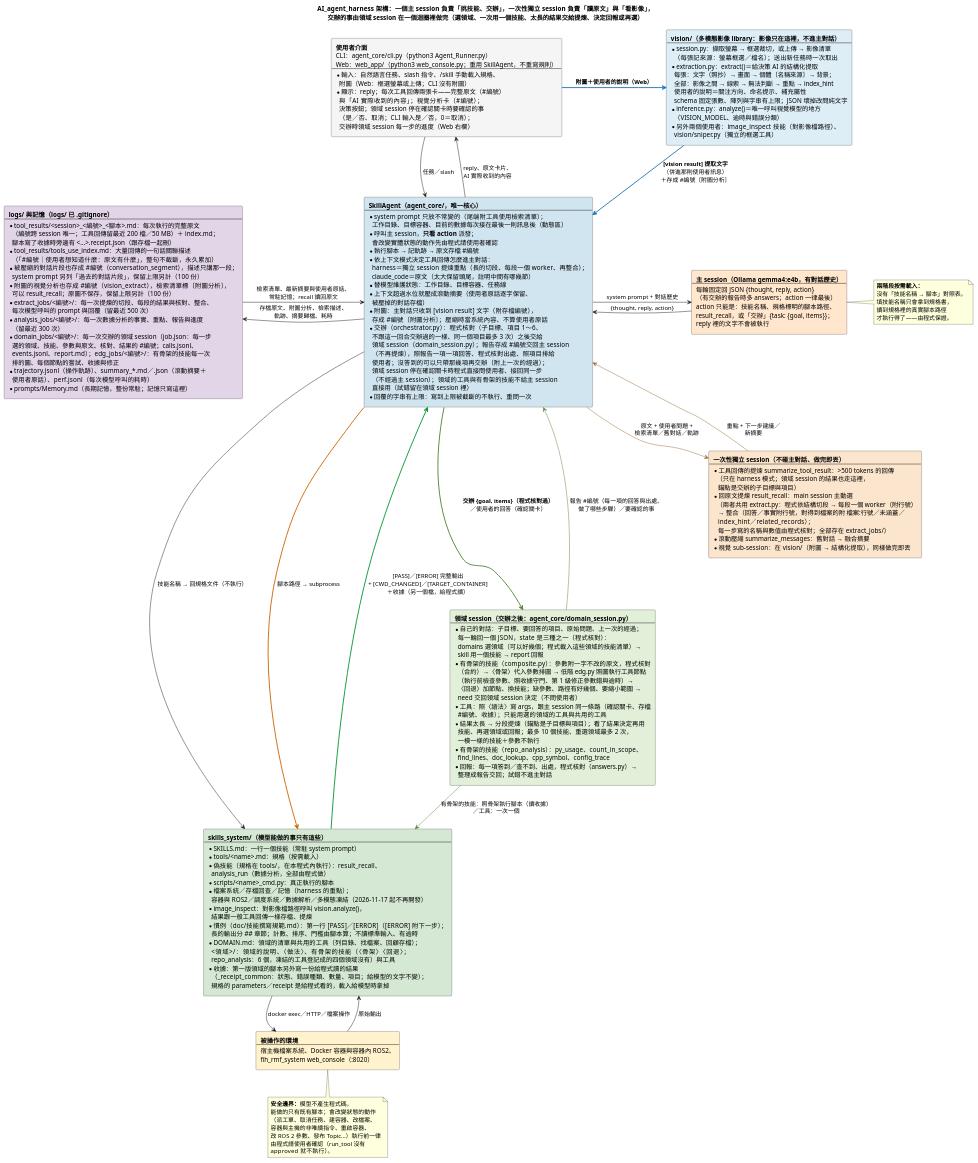
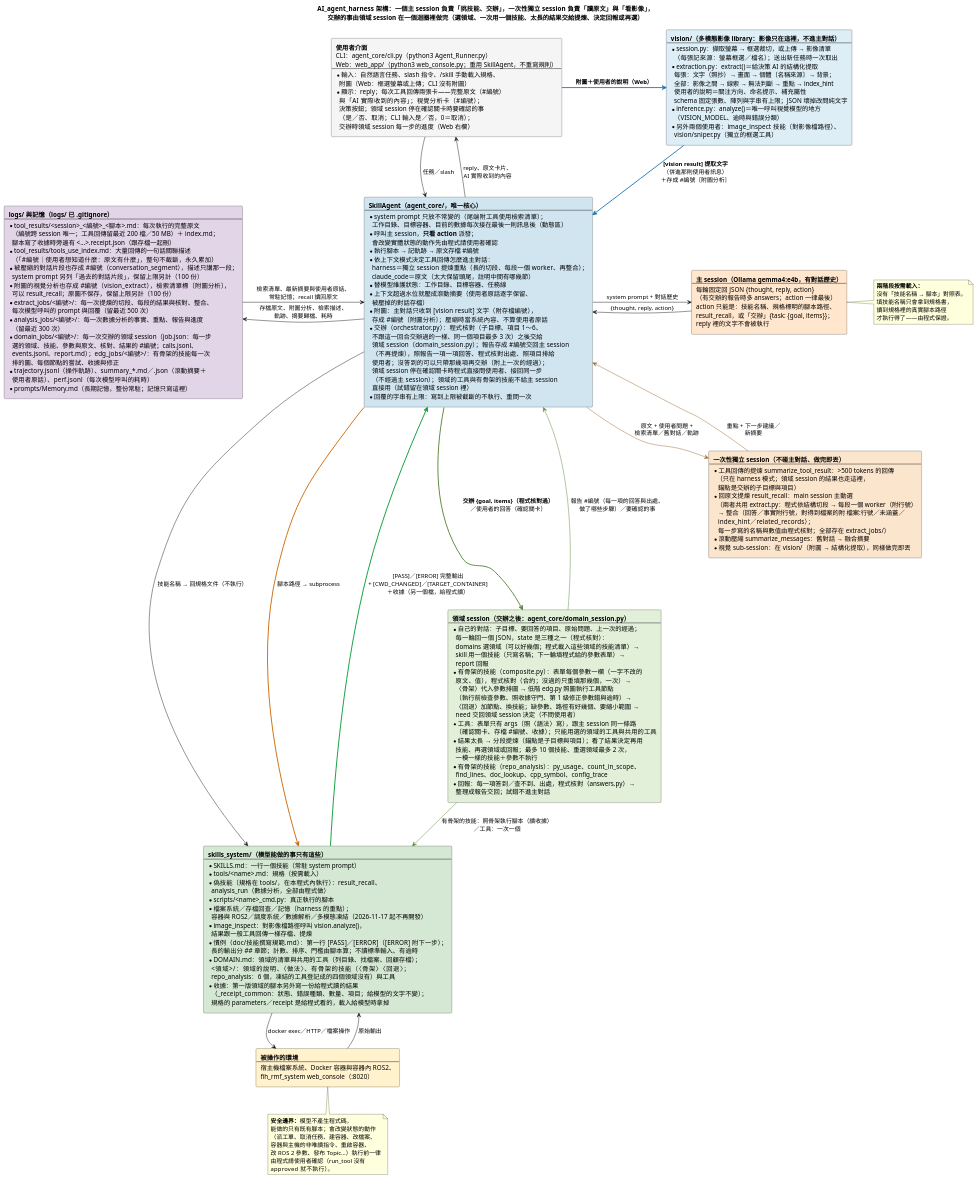
One commit to DavidZox/Coding_agnet changed the diagram in doc/diagrams/AI_agent_harness的說明.puml. Above: the diagram before and after it, drawn with PlantUML. The commit also changed 17 other files, not shown here.

```diff
--- a/doc/diagrams/AI_agent_harness的說明.puml
+++ b/doc/diagrams/AI_agent_harness的說明.puml
@@ -118,14 +118,16 @@
   * 自己的對話：子目標、要回答的項目、原始問題、上一次的經過；
     每一輪回一個 JSON，state 是三種之一（程式核對）：
     domains 選領域（可以好幾個；程式載入這些領域的技能清單）→
-    skill 用一個技能 → report 回報
-  * 有骨架的技能（composite.py）：參數附一字不改的原文，程式核對
-    （合約）→〈骨架〉代入參數排圖 → 低階 edg.py 照圖執行工具節點
+    skill 用一個技能（只寫名稱；下一輪填程式給的參數表單）→
+    report 回報
+  * 有骨架的技能（composite.py）：表單每個參數一欄（一字不改的
+    原文、值），程式核對（合約；沒過的只重填那幾個，一次）→
+    〈骨架〉代入參數排圖 → 低階 edg.py 照圖執行工具節點
     （執行前檢查參數、照收據守門、第 1 級修正參數錯與逾時）→
     〈回退〉加節點、換技能；缺參數、路徑有好幾個、要縮小範圍 →
     need 交回領域 session 決定（不問使用者）
-  * 工具：照〈語法〉寫 args，跟主 session 同一條路（確認關卡、存檔
-    #編號、收據）；只能用選的領域的工具與共用的工具
+  * 工具：表單只有 args（照〈語法〉寫），跟主 session 同一條路
+    （確認關卡、存檔 #編號、收據）；只能用選的領域的工具與共用的工具
   * 結果太長 → 分段提煉（錨點是子目標與項目）；看了結果決定再用
     技能、再選領域或回報；最多 10 個技能、重選領域最多 2 次，
     一模一樣的技能＋參數不執行
```
